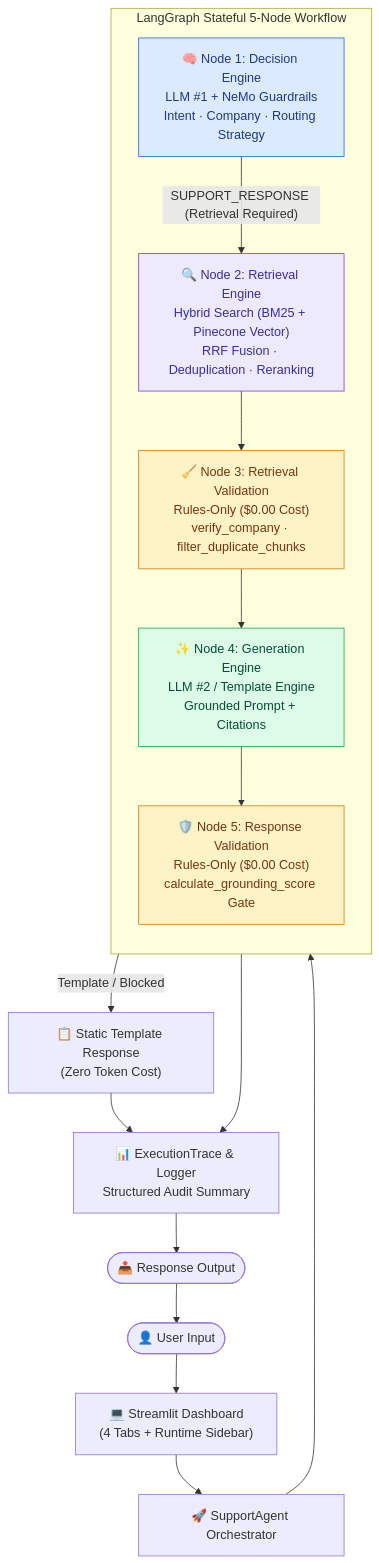
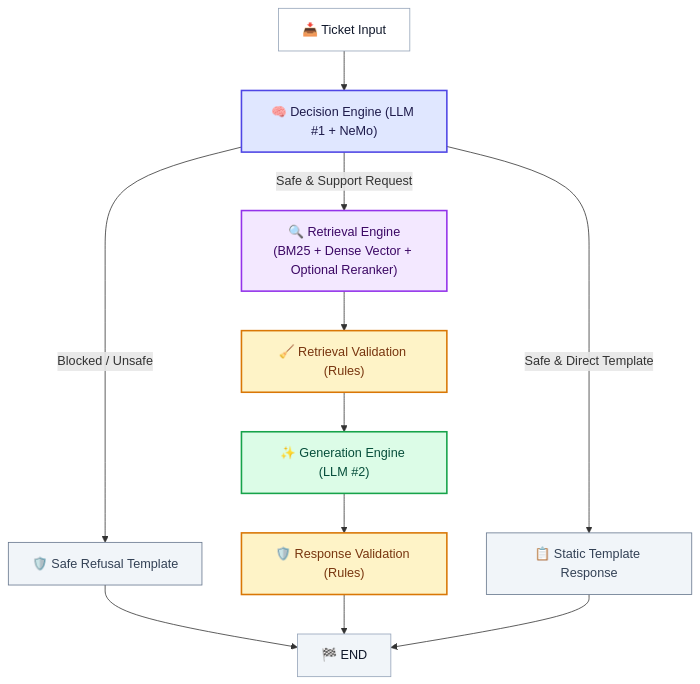
The first of 2 diagrams in README.md (ChandraCherupally/SupportSphere-AI), drawn with Mermaid before and after one commit. The commit also changed 1 other file, not shown here.

Commit message:
Readme updated

````diff
--- a/README.md
+++ b/README.md
@@ -109,33 +109,26 @@
 ```mermaid
 flowchart TD
-    User(["👤 User Input"])
-    UI["💻 Streamlit Dashboard\n(4 Tabs + Runtime Sidebar)"]
-    Agent["🚀 SupportAgent Orchestrator"]
+    Input["📥 Ticket Input"] --> Decision["🧠 Decision Engine (LLM #1 + NeMo)"]
+    
+    Decision -->|"Blocked / Unsafe"| Refusal["🛡️ Safe Refusal Template"]
+    Decision -->|"Safe & Support Request"| Retrieval["🔍 Retrieval Engine\n(BM25 + Dense Vector + Optional Reranker)"]
+    Decision -->|"Safe & Direct Template"| Template["📋 Static Template Response"]
 
-    subgraph LangGraph ["LangGraph Stateful 5-Node Workflow"]
-        direction TB
-        N1["🧠 Node 1: Decision Engine\nLLM #1 + NeMo Guardrails\nIntent · Company · Routing Strategy"]
-        N2["🔍 Node 2: Retrieval Engine\nHybrid Search (BM25 + Pinecone Vector)\nRRF Fusion · Deduplication · Reranking"]
-        N3["🧹 Node 3: Retrieval Validation\nRules-Only ($0.00 Cost)\nverify_company · filter_duplicate_chunks"]
-        N4["✨ Node 4: Generation Engine\nLLM #2 / Template Engine\nGrounded Prompt + Citations"]
-        N5["🛡️ Node 5: Response Validation\nRules-Only ($0.00 Cost)\ncalculate_grounding_score Gate"]
-    end
+    Retrieval --> RetVal["🧹 Retrieval Validation (Rules)"]
+    RetVal --> Gen["✨ Generation Engine (LLM #2)"]
+    Gen --> RespVal["🛡️ Response Validation (Rules)"]
 
-    Template["📋 Static Template Response\n(Zero Token Cost)"]
-    Trace["📊 ExecutionTrace & Logger\nStructured Audit Summary"]
-    Output(["📤 Response Output"])
+    Refusal --> End["🏁 END"]
+    RespVal --> End
+    Template --> End
 
-    User --> UI --> Agent --> N1
-    N1 -->|"SUPPORT_RESPONSE (Retrieval Required)"| N2
-    N1 -->|"Template / Blocked"| Template
-    N2 --> N3 --> N4 --> N5
-    Template --> Trace
-    N5 --> Trace
-    Trace --> Output --> User
-
-    style N1 fill:#dbeafe,stroke:#2563eb,color:#1e3a8a
-    style N2 fill:#ede9fe,stroke:#7c3aed,color:#3730a3
-    style N3 fill:#fef3c7,stroke:#d97706,color:#78350f
-    style N4 fill:#dcfce7,stroke:#16a34a,color:#064e3b
-    style N5 fill:#fef3c7,stroke:#d97706,color:#78350f
+    style Decision fill:#e0e7ff,stroke:#4f46e5,stroke-width:2px,color:#1e1b4b
+    style Retrieval fill:#f3e8ff,stroke:#9333ea,stroke-width:2px,color:#3b0764
+    style RetVal fill:#fef3c7,stroke:#d97706,stroke-width:2px,color:#78350f
+    style Gen fill:#dcfce7,stroke:#16a34a,stroke-width:2px,color:#064e3b
+    style RespVal fill:#fef3c7,stroke:#d97706,stroke-width:2px,color:#78350f
+    style Refusal fill:#f1f5f9,stroke:#64748b,stroke-width:1px,color:#334155
+    style Template fill:#f1f5f9,stroke:#64748b,stroke-width:1px,color:#334155
+    style Input fill:#ffffff,stroke:#94a3b8,stroke-width:1px,color:#0f172a
+    style End fill:#f1f5f9,stroke:#94a3b8,stroke-width:1px,color:#0f172a
 ```
````
